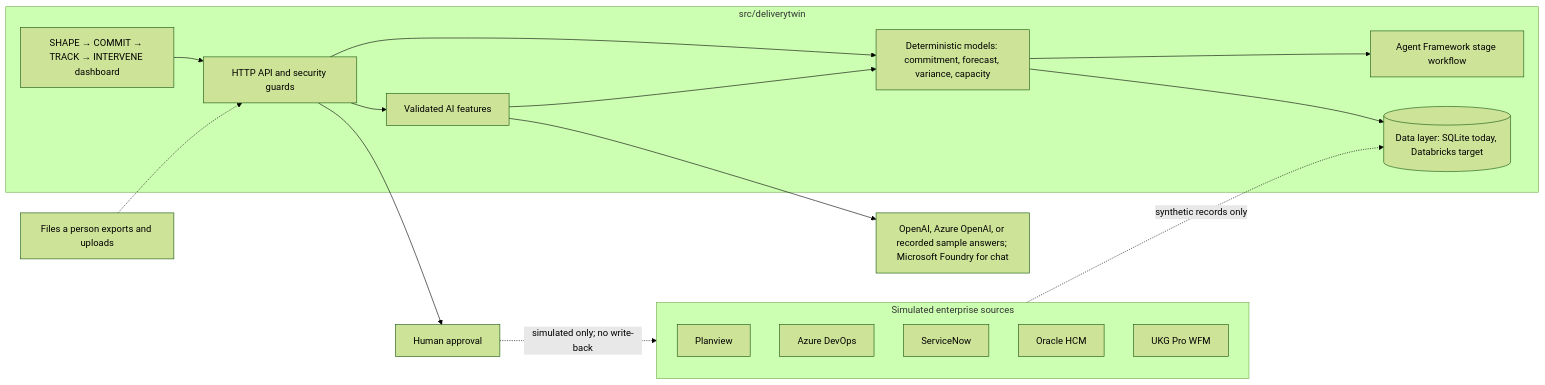
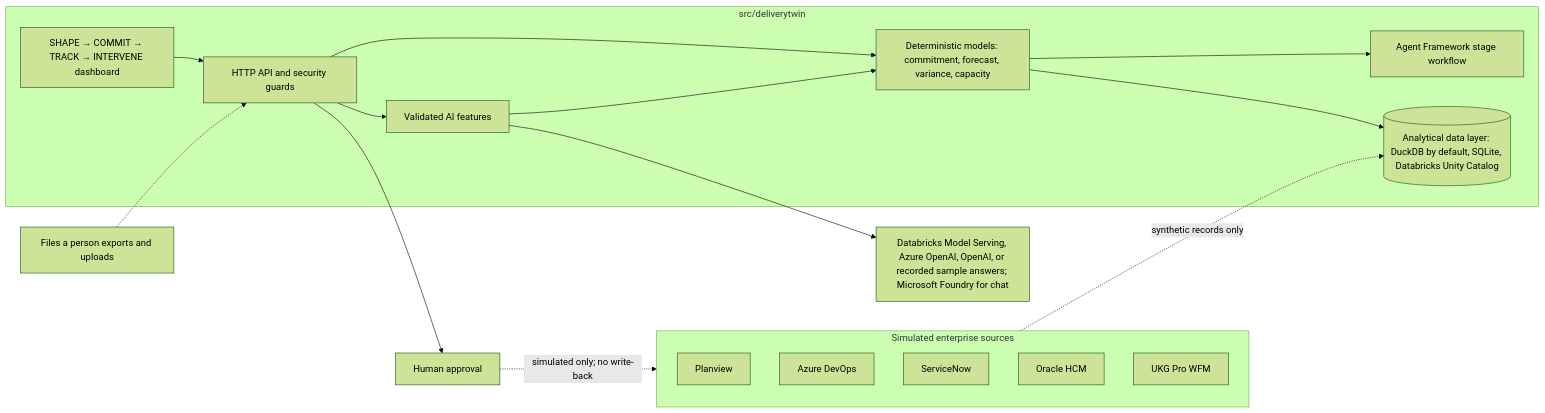
The first of 2 diagrams in README.md (mskpairprogrammer/deliverytwin), drawn with Mermaid (forest theme) before and after one commit. The commit also changed other lines of this file and 33 other files, not shown here.

````diff
--- a/README.md
+++ b/README.md
@@ -169,28 +210,28 @@
 ```mermaid
 flowchart LR
     subgraph Sources["Simulated enterprise sources"]
         PV[Planview]
         ADO[Azure DevOps]
         SN[ServiceNow]
         HCM[Oracle HCM]
         UKG[UKG Pro WFM]
     end
     subgraph App["src/deliverytwin"]
         UI[SHAPE → COMMIT → TRACK → INTERVENE dashboard]
         API[HTTP API and security guards]
         RULES[Deterministic models: commitment, forecast, variance, capacity]
         AI[Validated AI features]
         WF[Agent Framework stage workflow]
-        DATA[(Data layer: SQLite today, Databricks target)]
+        DATA[(Analytical data layer: DuckDB by default, SQLite, Databricks Unity Catalog)]
         UI --> API --> RULES
         API --> AI
         RULES --> WF
         RULES --> DATA
         AI --> RULES
     end
     Sources -. synthetic records only .-> DATA
-    AI --> MODEL[OpenAI, Azure OpenAI, or recorded sample answers; Microsoft Foundry for chat]
+    AI --> MODEL[Databricks Model Serving, Azure OpenAI, OpenAI, or recorded sample answers; Microsoft Foundry for chat]
     UPLOAD[Files a person exports and uploads] -.-> API
     API --> HUMAN[Human approval]
     HUMAN -. simulated only; no write-back .-> Sources
 ```
````
